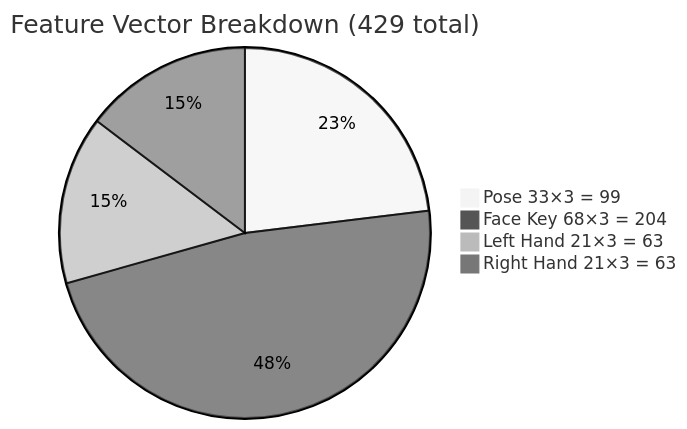
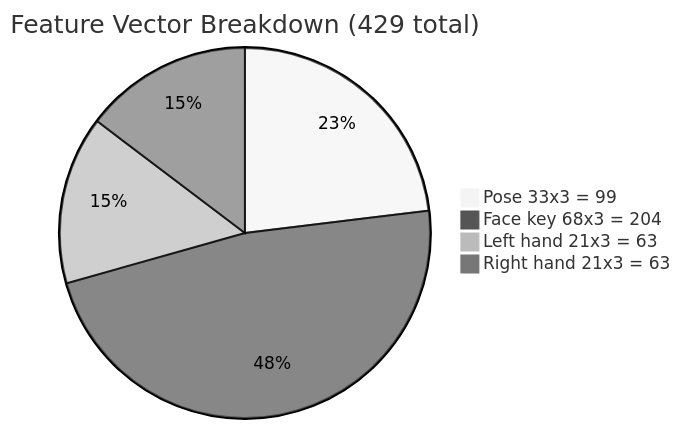
The fourth of 9 diagrams in RSLdataset/docs/DIAGRAMS.md (IuraHD/rsllearn), drawn with Mermaid (neutral theme) before and after one commit. The commit also changed other lines of this file and 23 other files, not shown here.

````diff
--- a/RSLdataset/docs/DIAGRAMS.md
+++ b/RSLdataset/docs/DIAGRAMS.md
@@ -142,7 +185,7 @@
 ```mermaid
 pie title Feature Vector Breakdown (429 total)
-    "Pose 33×3 = 99" : 99
-    "Face Key 68×3 = 204" : 204
-    "Left Hand 21×3 = 63" : 63
-    "Right Hand 21×3 = 63" : 63
+    "Pose 33x3 = 99" : 99
+    "Face key 68x3 = 204" : 204
+    "Left hand 21x3 = 63" : 63
+    "Right hand 21x3 = 63" : 63
 ```
````
